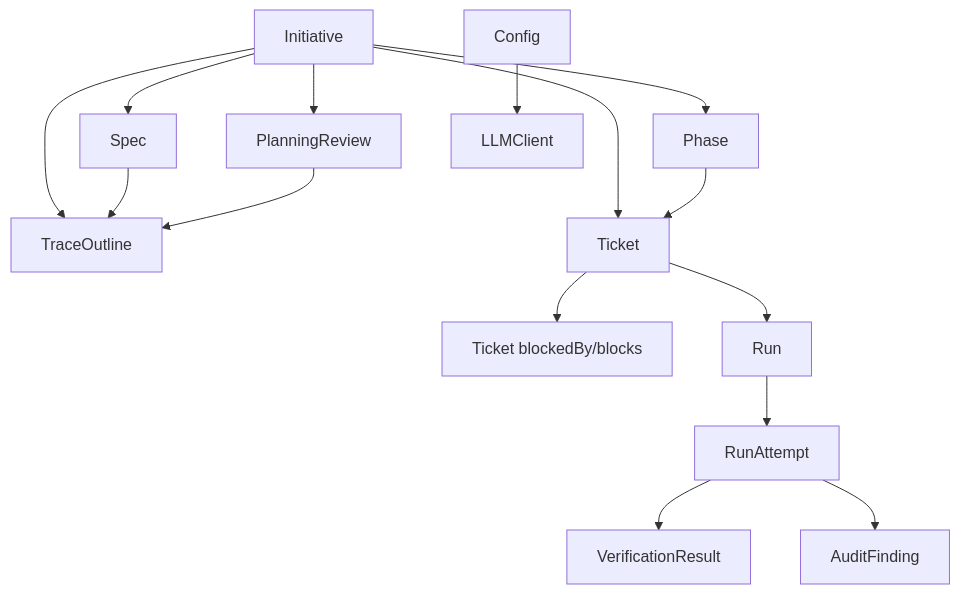
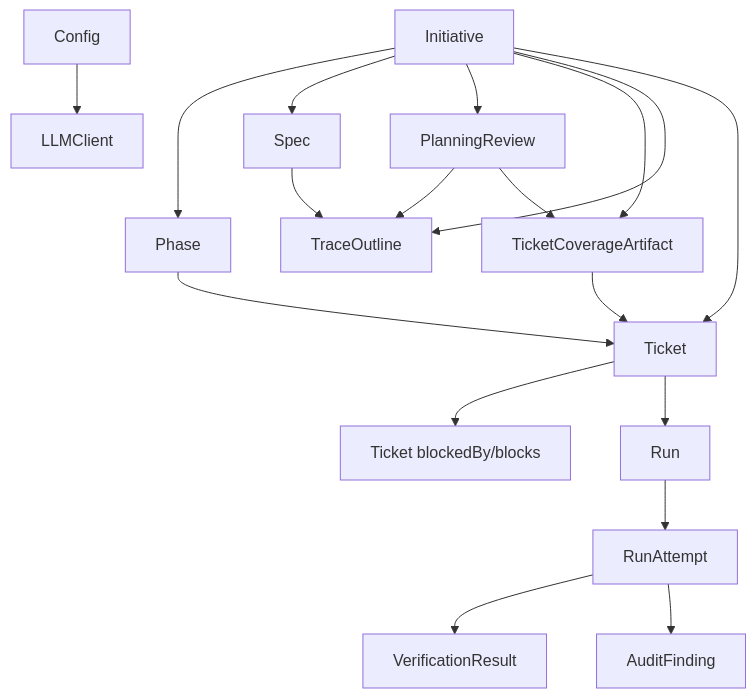
Before and after one commit to mtmitchel/SpecFlow: the first of 5 diagrams in docs/architecture.md, drawn with Mermaid. The commit also changed other lines of this file and 66 other files, not shown here.

Commit message:
Harden planning flow and refresh docs

````diff
--- a/docs/architecture.md
+++ b/docs/architecture.md
@@ -332,17 +367,20 @@
 ```mermaid
 graph TD
     Initiative --> Phase
     Initiative --> Spec
     Initiative --> PlanningReview
+    Initiative --> TicketCoverage[TicketCoverageArtifact]
     Initiative --> TraceOutline
     Initiative --> Ticket
     Phase --> Ticket
+    TicketCoverage --> Ticket
     Ticket --> Ticket2[Ticket blockedBy/blocks]
     Ticket --> Run
     Run --> RunAttempt
     RunAttempt --> VerificationResult
     RunAttempt --> AuditFinding
     Spec --> TraceOutline
     PlanningReview --> TraceOutline
+    PlanningReview --> TicketCoverage
     Config --> LLMClient
 ```
````
